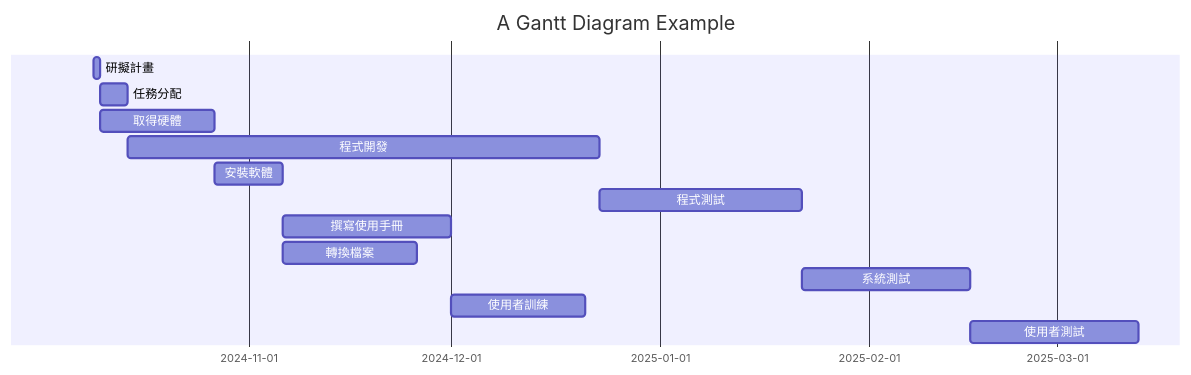
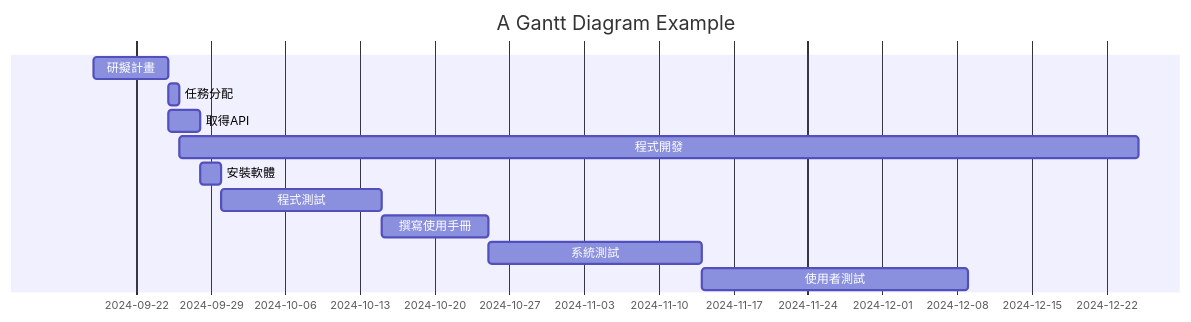
The first of 3 diagrams in 系統分析/team_HW2/HW.md (koreanfish1450/AI-answer-correction), drawn with Mermaid before and after one commit. The commit also changed other lines of this file, not shown here.

````diff
--- a/系統分析/team_HW2/HW.md
+++ b/系統分析/team_HW2/HW.md
@@ -1,21 +1,19 @@
 ```mermaid
 gantt
     title A Gantt Diagram Example
 
     dateFormat  YYYY-MM-DD
     axisFormat  %Y-%m-%d
 
-    研擬計畫           :a1, 2024-10-9, 1d
-    任務分配           :a2, after a1, 4d
-    取得硬體           :a3, after a1, 17d
+    研擬計畫           :a1, 2024-9-18, 7d
+    任務分配           :a2, after a1, 1d
+    取得API           :a3, after a1, 3d
 
-    程式開發           :a4, after a2, 70d
-    安裝軟體           :a5, after a3, 10d
+    程式開發           :a4, after a2, 90d
+    安裝軟體           :a5, after a3, 2d
 
-    程式測試           :a6, after a4, 30d
-    撰寫使用手冊        :a7, after a5, 25d
-    轉換檔案           :a8, after a5, 20d
-    系統測試           :a9, after a6, 25d
-    使用者訓練         :a10, after a7, 20d
-    使用者測試         :a11, after a9, 25d
+    程式測試           :a6, after a5, 15d
+    撰寫使用手冊        :a7, after a6, 10d
+    系統測試           :a8, after a7, 20d
+    使用者測試         :a9, after a8, 25d
 ```
````
